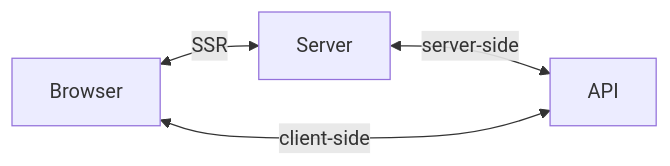
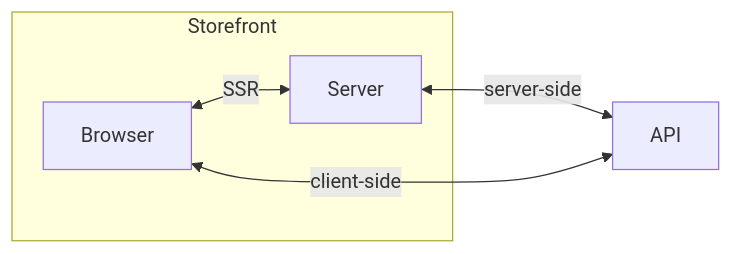
One commit to mateuszo/mermaid-viewer changed the diagram in charts/strategies.mmd. Above: the diagram before and after it, drawn with Mermaid. The commit also changed 1 other file, not shown here.

Commit message:
add storefront subgraph

```diff
--- a/charts/strategies.mmd
+++ b/charts/strategies.mmd
@@ -1,9 +1,9 @@
 graph LR
-    Browser[Browser]
-    Server[Server]
-    API[API]
+    subgraph s1["Storefront"]
+         Browser["Browser"]
+         Server["Server"]
+    end
 
-    %% Connections
     Browser <-->|SSR| Server
     Server <-->|server-side| API
     Browser <-->|client-side| API
```
